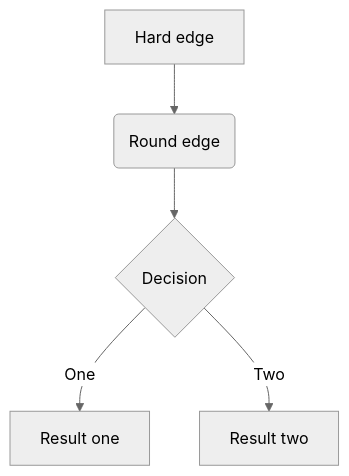
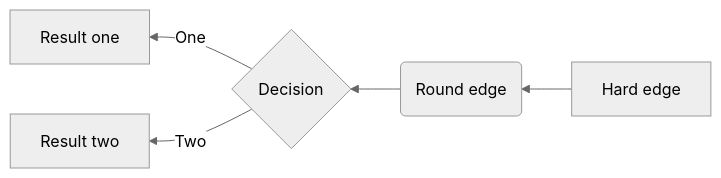
Before and after one commit to FrankieChanKL/AV_Projects: the diagram in README.md, drawn with Mermaid (neutral theme).

````diff
--- a/README.md
+++ b/README.md
@@ -3,7 +3,7 @@
 ```mermaid
-graph TD
+graph RL
 A[Hard edge] -->B(Round edge)
     B --> C{Decision}
     C -->|One| D[Result one]
     C -->|Two| E[Result two]
 ```
````
